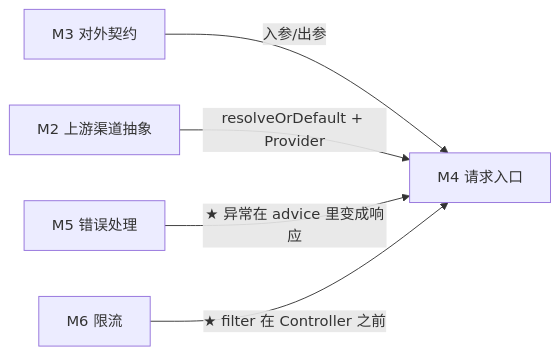
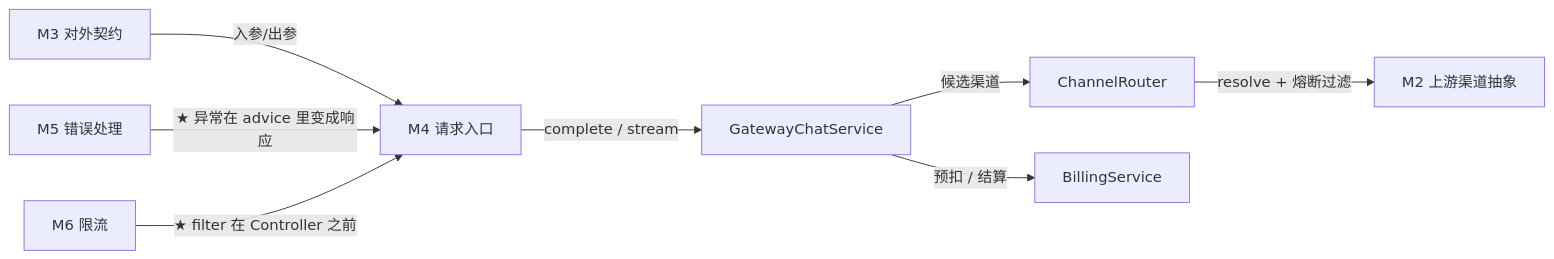
Before and after one commit to maixiaowen111/llm-gateway: the second of 2 diagrams in docs/01-modules/04-请求入口/_index.md, drawn with Mermaid. The commit also changed other lines of this file and 36 other files, not shown here.

````diff
--- a/docs/01-modules/04-请求入口/_index.md
+++ b/docs/01-modules/04-请求入口/_index.md
@@ -112,7 +112,10 @@
 ```mermaid
 graph LR
     M3["M3 对外契约"] -->|"入参/出参"| M4["M4 请求入口"]
-    M2["M2 上游渠道抽象"] -->|"resolveOrDefault + Provider"| M4
+    M4 -->|"complete / stream"| SVC["GatewayChatService"]
+    SVC -->|"候选渠道"| RT["ChannelRouter"]
+    RT -->|"resolve + 熔断过滤"| M2["M2 上游渠道抽象"]
+    SVC -->|"预扣 / 结算"| BIL["BillingService"]
     M5["M5 错误处理"] -->|"★ 异常在 advice 里变成响应"| M4
     M6["M6 限流"] -->|"★ filter 在 Controller 之前"| M4
 ```
````
